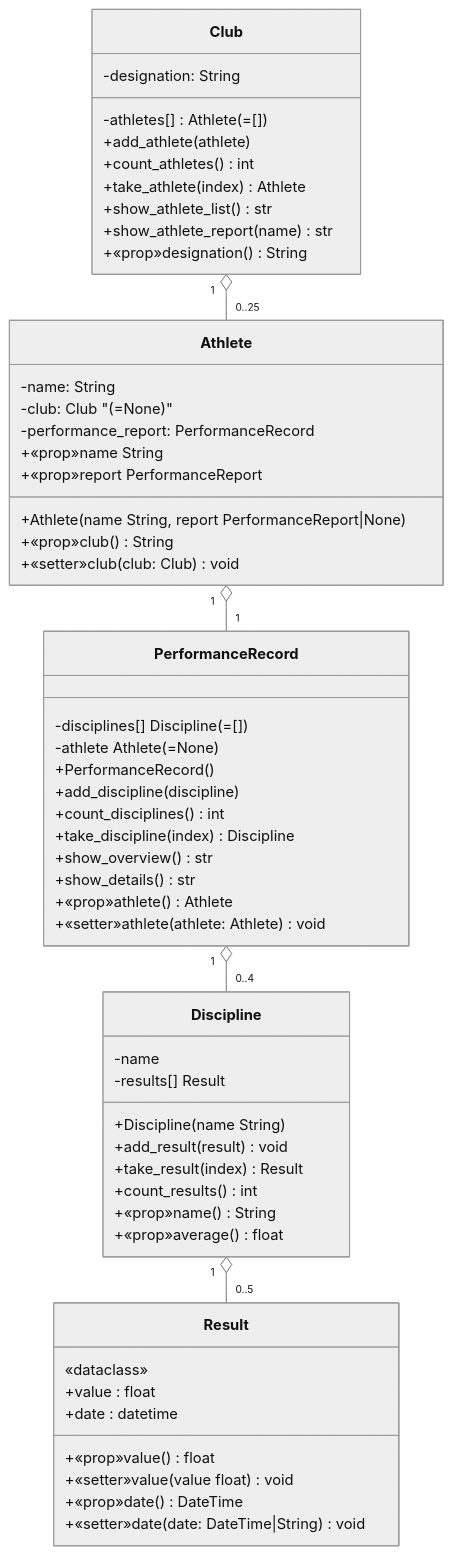
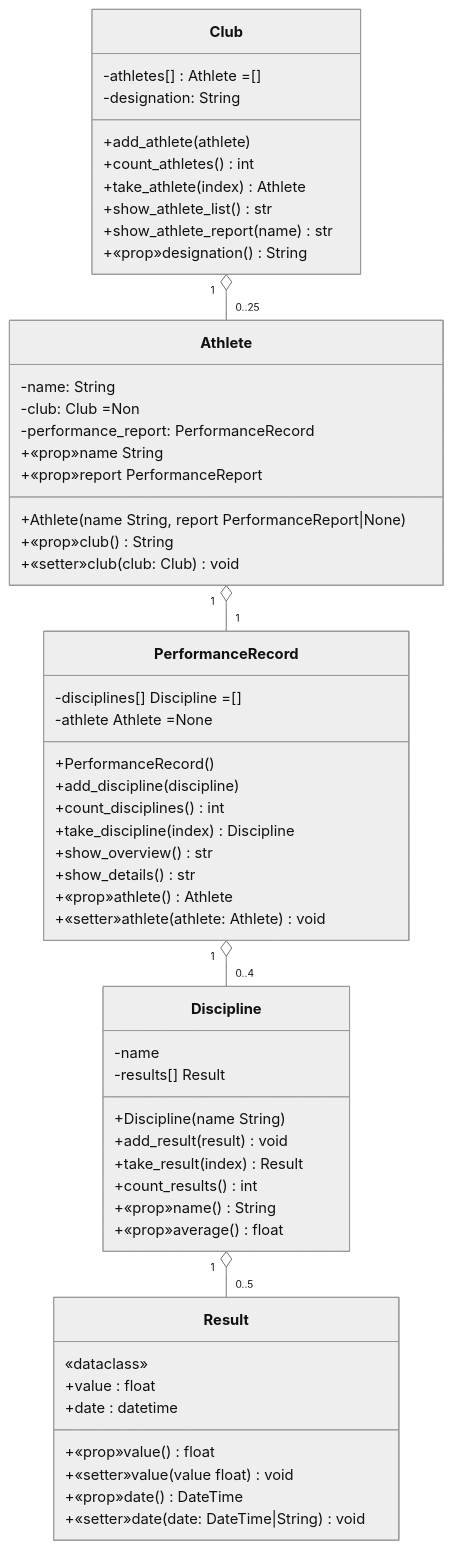
The diagram in Aufgabenstellung.md (templates-python/m320-lu09-a02-sports), drawn with Mermaid (neutral theme) before and after one commit.

Commit message:
Fix formatting issues in Aufgabenstellung.md

````diff
--- a/Aufgabenstellung.md
+++ b/Aufgabenstellung.md
@@ -22,60 +22,60 @@
 ```mermaid
 classDiagram
     
     class Athlete {
         -name: String
-        -club: Club "&lpar;=None&rpar;"
+        -club: Club =Non
         -performance_report: PerformanceRecord
         +Athlete(name String, report PerformanceReport|None)
         +«prop»name String
         +«prop»club() String
         +«setter»club (club: Club) void
         +«prop»report PerformanceReport
     }
     class PerformanceRecord {
-        -disciplines[] Discipline (=[])
-        -athlete Athlete (=None)
+        -disciplines[] Discipline =[]
+        -athlete Athlete =None
         +PerformanceRecord()
         +add_discipline(discipline)
         +count_disciplines() int
         +take_discipline(index) Discipline
         +show_overview() str
         +show_details() str
         +«prop»athlete() Athlete
         +«setter»athlete(athlete: Athlete) void
     }
     class Club {
-        -athletes[] : Athlete (=[])
+        -athletes[] : Athlete =[]
         -designation: String
         +add_athlete(athlete)
         +count_athletes() int
         +take_athlete(index) Athlete
         +show_athlete_list() str
         +show_athlete_report(name) str
         +«prop»designation() String
     }
     class Discipline {
         -name
         -results[] Result
         +Discipline(name String)
         +add_result(result) void
         +take_result(index) Result
         +count_results() int
         +«prop»name() String
         +«prop»average() float
     }
     class Result {
         «dataclass»
         +value : float
         +date : datetime
         +«prop»value() float
         +«setter»value(value float) void
         +«prop»date() DateTime
         +«setter»date(date: DateTime|String) void
     }
 
     Club "1" o-- "0..25" Athlete
     Athlete "1" o-- "1" PerformanceRecord
     PerformanceRecord "1" o-- "0..4" Discipline
     Discipline "1" o-- "0..5" Result
 ```
````
